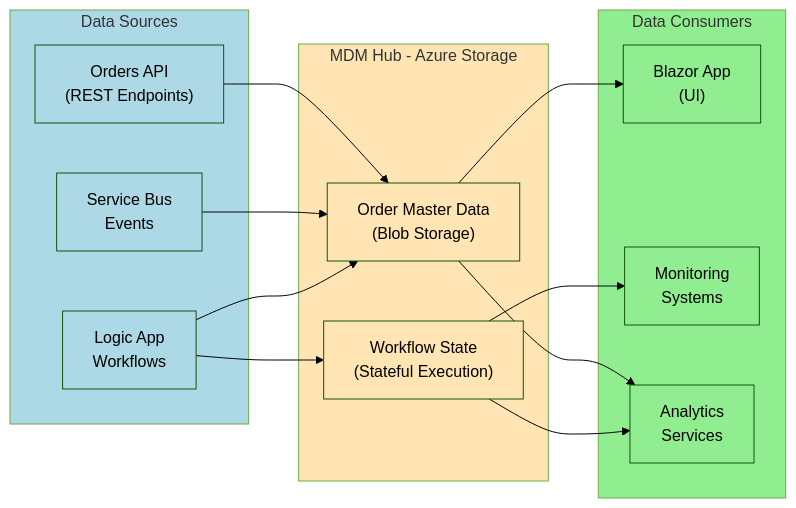
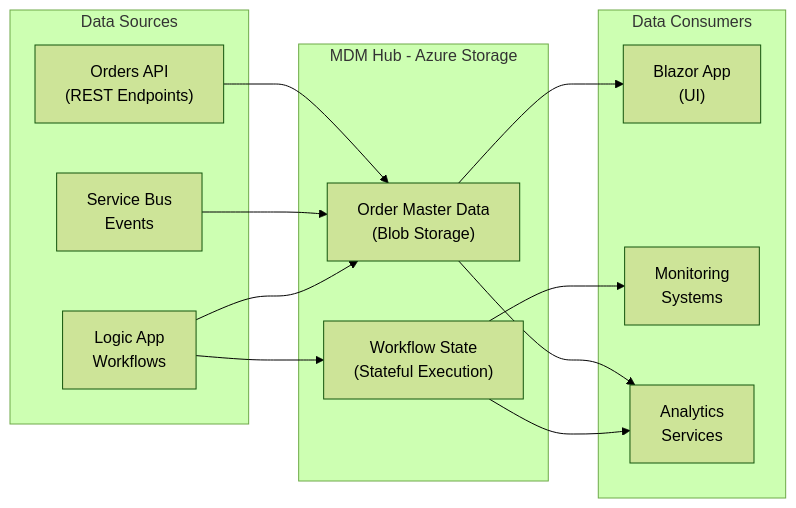
The third of 12 diagrams in README.md (Evilazaro/Azure-LogicApps-Monitoring), drawn with Mermaid (forest theme) before and after one commit. The commit also changed other lines of this file, not shown here.

Commit message:
refactor: remove redundant style definitions from flowcharts in README.md

````diff
--- a/README.md
+++ b/README.md
@@ -293,41 +259,29 @@
 ```mermaid
 flowchart LR
     subgraph Sources["Data Sources"]
         OrdersAPI["Orders API<br/>(REST Endpoints)"]
         Workflows["Logic App<br/>Workflows"]
         ServiceBusEvents["Service Bus<br/>Events"]
     end
     
     subgraph MDMHub["MDM Hub - Azure Storage"]
         OrderMaster["Order Master Data<br/>(Blob Storage)"]
         WorkflowState["Workflow State<br/>(Stateful Execution)"]
     end
     
     subgraph Consumers["Data Consumers"]
         BlazorApp["Blazor App<br/>(UI)"]
         MonitoringSystems["Monitoring<br/>Systems"]
         Analytics["Analytics<br/>Services"]
     end
     
     OrdersAPI --> OrderMaster
     Workflows --> WorkflowState
     ServiceBusEvents --> OrderMaster
     Workflows --> OrderMaster
     
     OrderMaster --> BlazorApp
     WorkflowState --> MonitoringSystems
     OrderMaster --> Analytics
     WorkflowState --> Analytics
-    
-    style Sources fill:#ADD8E6
-    style MDMHub fill:#FFE5B4
-    style Consumers fill:#90EE90
-    style OrdersAPI fill:#ADD8E6
-    style Workflows fill:#ADD8E6
-    style ServiceBusEvents fill:#ADD8E6
-    style OrderMaster fill:#FFE5B4
-    style WorkflowState fill:#FFE5B4
-    style BlazorApp fill:#90EE90
-    style MonitoringSystems fill:#90EE90
-    style Analytics fill:#90EE90
 ```
````
